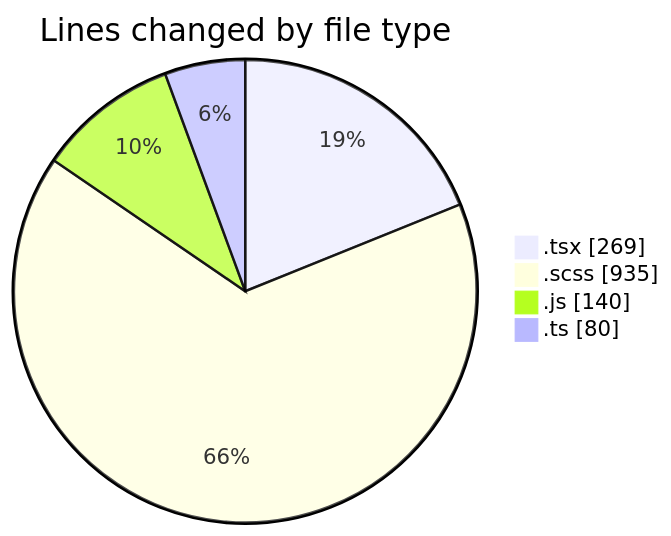
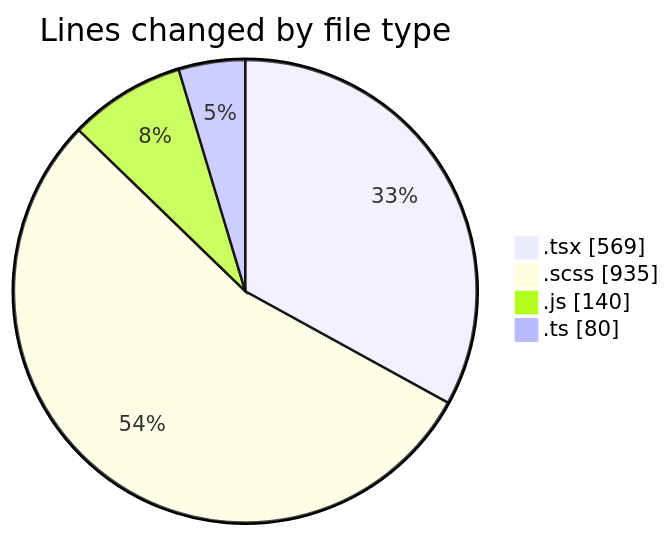
The first of 2 diagrams in 2026-03-25/cda/README.md (momahboobian/code-tracking), drawn with Mermaid before and after one commit. The commit also changed other lines of this file and 1 other file, not shown here.

````diff
--- a/2026-03-25/cda/README.md
+++ b/2026-03-25/cda/README.md
@@ -23,8 +23,8 @@
 ```mermaid
 pie showData
 title Lines changed by file type
-".tsx" : 269
+".tsx" : 569
 ".scss" : 935
 ".js" : 140
 ".ts" : 80
 ```
````
